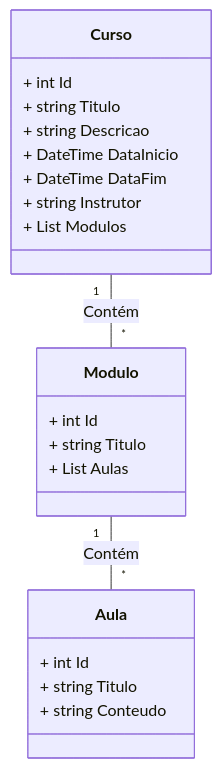
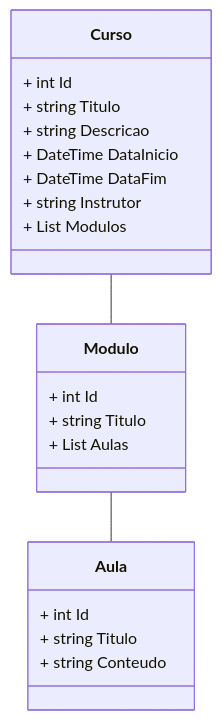
Before and after one commit to VictorAntunesJ/Api-SistemaCursosDistancia: the diagram in README.md, drawn with Mermaid.

Commit message:
Relacionamento de classes.

````diff
--- a/README.md
+++ b/README.md
@@ -3,28 +3,29 @@
 ```mermaid
 classDiagram
 
 class Curso {
   + int Id
   + string Titulo
   + string Descricao
   + DateTime DataInicio
   + DateTime DataFim
   + string Instrutor
   + List<Modulo> Modulos
 }
 
 class Modulo {
   + int Id
   + string Titulo
   + List<Aula> Aulas
 }
 
 class Aula {
   + int Id
   + string Titulo
   + string Conteudo
 }
 
-Curso "1" -- "*" Modulo : Contém
-Modulo "1" -- "*" Aula : Contém
+Curso "" -- "" Modulo 
+Modulo "" -- "" Aula 
+
 ```
````
